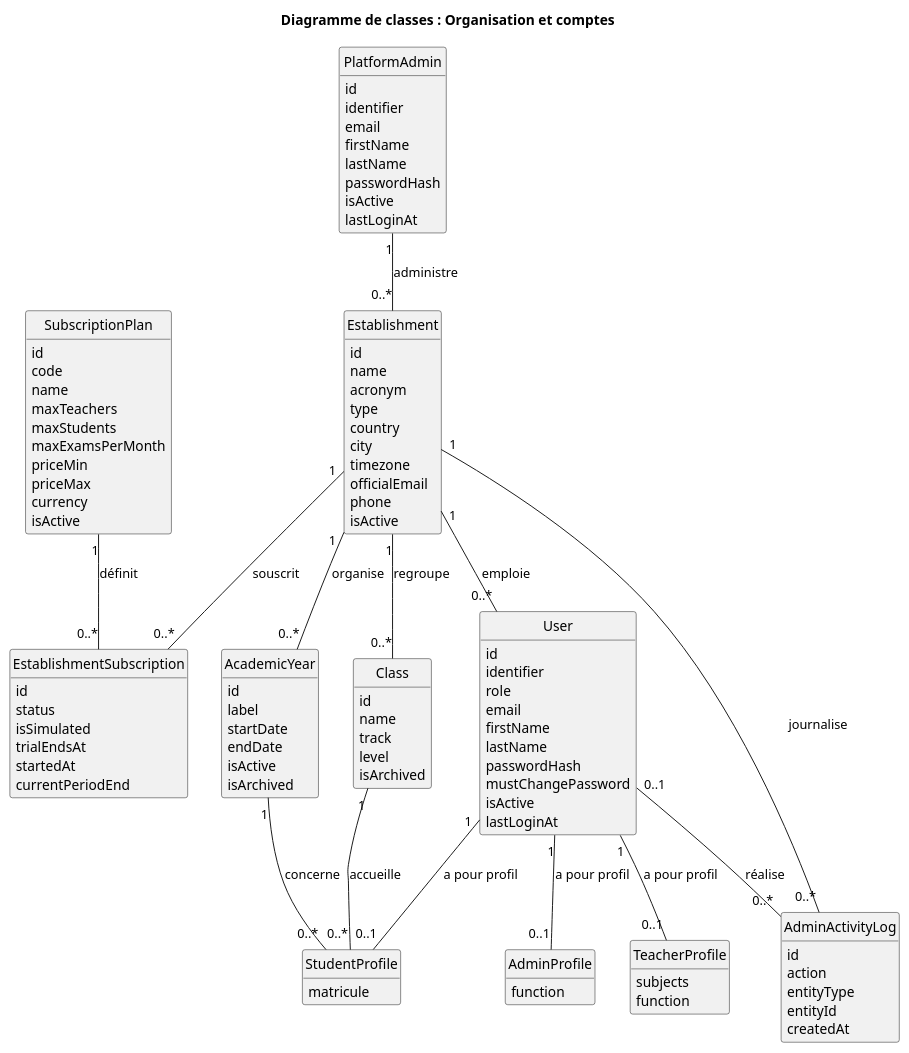
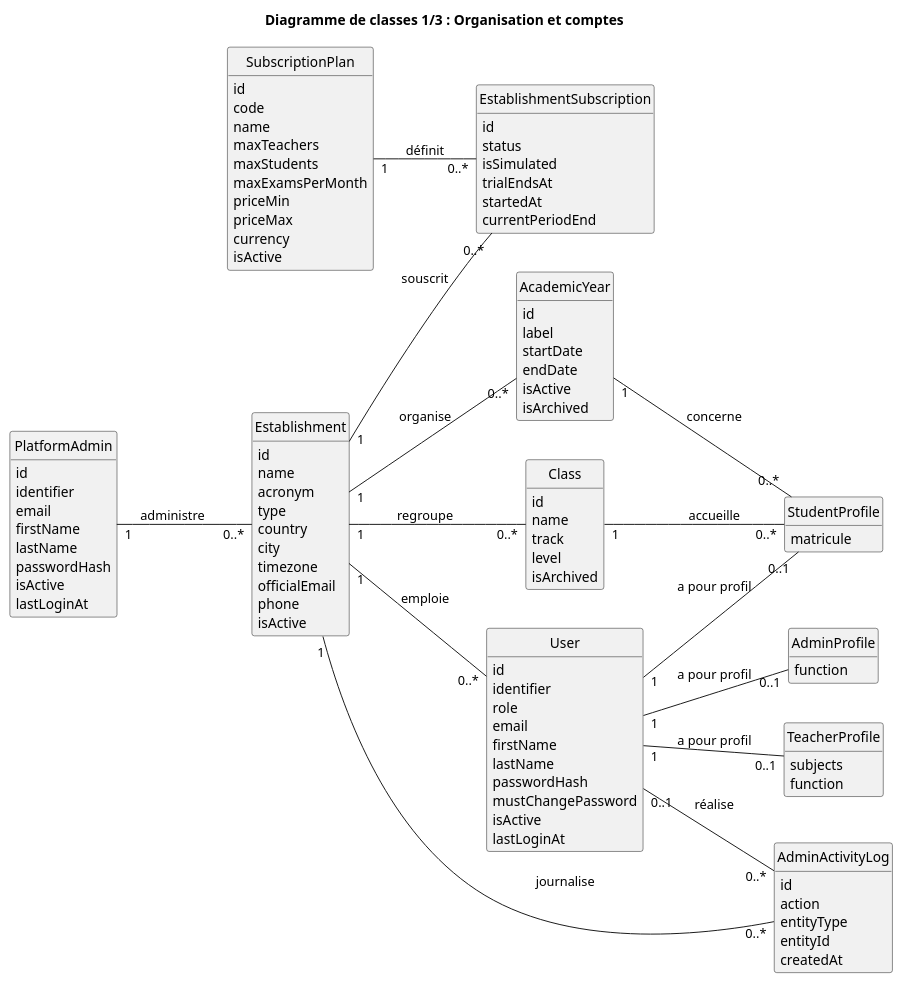
The diagram in docs/diagrammes/05a_classes_organisation.puml (progirix/cylentic), drawn with PlantUML before and after one commit. The commit also changed 2 other files, not shown here.

Commit message:
Repasse les 3 diagrammes de classes en disposition horizontale

```diff
--- a/docs/diagrammes/05a_classes_organisation.puml
+++ b/docs/diagrammes/05a_classes_organisation.puml
@@ -1,120 +1,123 @@
 @startuml
+left to right direction
 skinparam shadowing false
 skinparam classAttributeIconSize 0
+skinparam nodesep 40
+skinparam ranksep 45
 hide empty methods
 hide circle
 
-title Diagramme de classes : Organisation et comptes
+title Diagramme de classes 1/3 : Organisation et comptes
 
 class PlatformAdmin {
   id
   identifier
   email
   firstName
   lastName
   passwordHash
   isActive
   lastLoginAt
 }
 
 class SubscriptionPlan {
   id
   code
   name
   maxTeachers
   maxStudents
   maxExamsPerMonth
   priceMin
   priceMax
   currency
   isActive
 }
 
 class Establishment {
   id
   name
   acronym
   type
   country
   city
   timezone
   officialEmail
   phone
   isActive
 }
 
 class EstablishmentSubscription {
   id
   status
   isSimulated
   trialEndsAt
   startedAt
   currentPeriodEnd
 }
 
 class AcademicYear {
   id
   label
   startDate
   endDate
   isActive
   isArchived
 }
 
 class Class {
   id
   name
   track
   level
   isArchived
 }
 
 class User {
   id
   identifier
   role
   email
   firstName
   lastName
   passwordHash
   mustChangePassword
   isActive
   lastLoginAt
 }
 
 class AdminProfile {
   function
 }
 
 class TeacherProfile {
   subjects
   function
 }
 
 class StudentProfile {
   matricule
 }
 
 class AdminActivityLog {
   id
   action
   entityType
   entityId
   createdAt
 }
 
 PlatformAdmin "1" -- "0..*" Establishment : "administre"
 SubscriptionPlan "1" -- "0..*" EstablishmentSubscription : "définit"
 Establishment "1" -- "0..*" EstablishmentSubscription : "souscrit"
 Establishment "1" -- "0..*" AcademicYear : "organise"
 Establishment "1" -- "0..*" Class : "regroupe"
 Establishment "1" -- "0..*" User : "emploie"
 Establishment "1" -- "0..*" AdminActivityLog : "journalise"
 User "1" -- "0..1" AdminProfile : "a pour profil"
 User "1" -- "0..1" TeacherProfile : "a pour profil"
 User "1" -- "0..1" StudentProfile : "a pour profil"
 User "0..1" -- "0..*" AdminActivityLog : "réalise"
 Class "1" -- "0..*" StudentProfile : "accueille"
 AcademicYear "1" -- "0..*" StudentProfile : "concerne"
 
 @enduml
```
